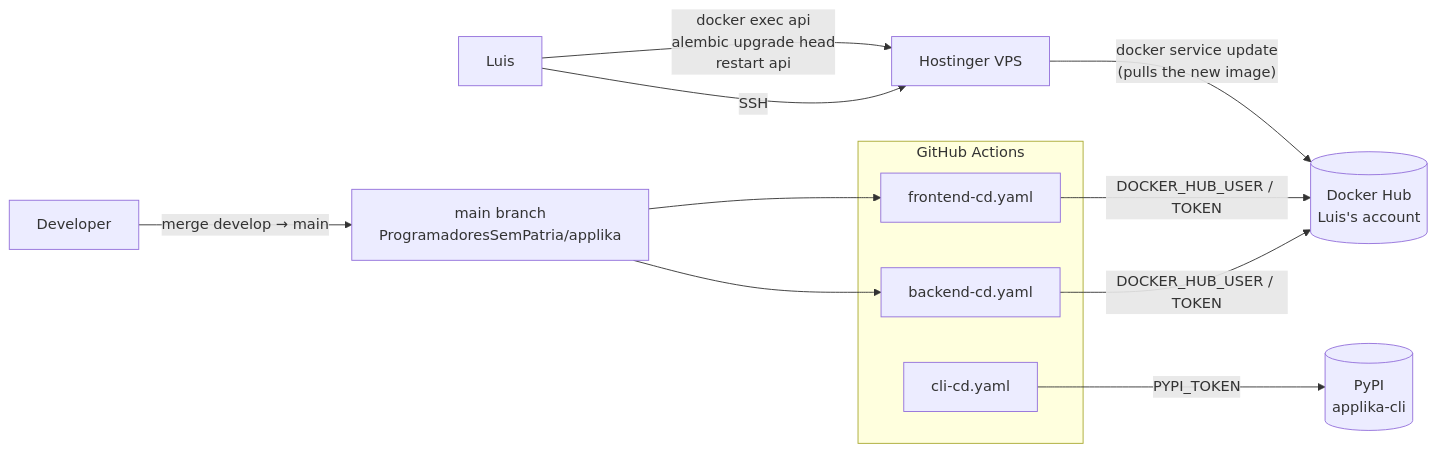
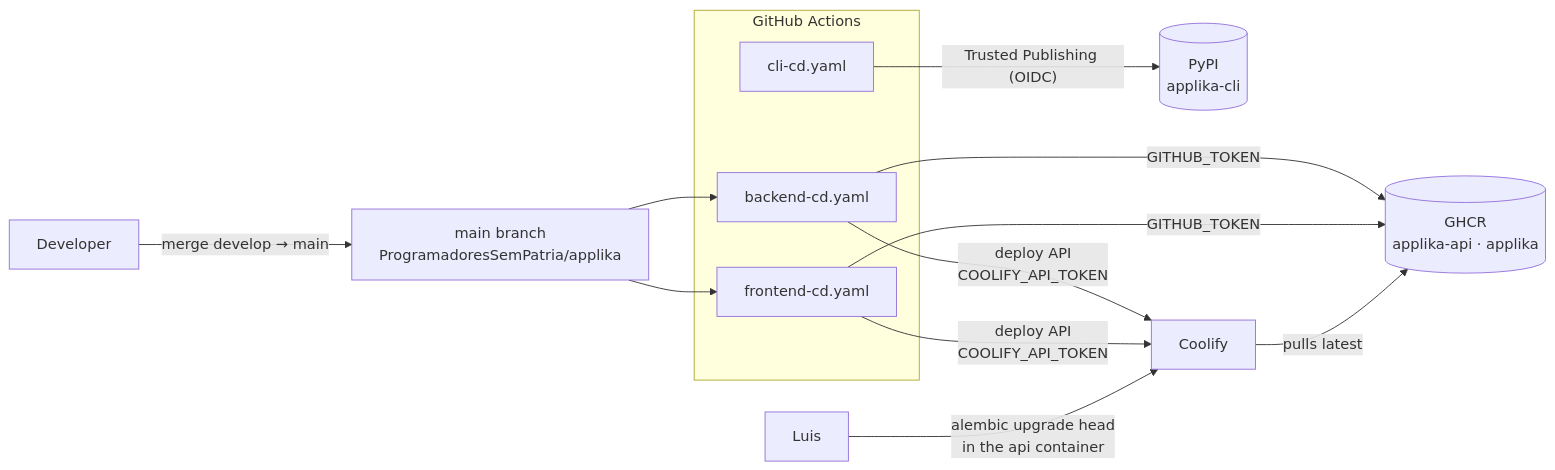
The fourth of 12 diagrams in docs/infrastructure.md (BorderlessCodingHub/applika), drawn with Mermaid before and after one commit. The commit also changed other lines of this file and 2 other files, not shown here.

First line of the commit message:
docs: describe the GHCR, Coolify and Trusted Publishing pipeline

````diff
--- a/docs/infrastructure.md
+++ b/docs/infrastructure.md
@@ -147,20 +147,21 @@
 ```mermaid
 flowchart LR
     dev["Developer"] -- "merge develop → main" --> main["main branch<br/>ProgramadoresSemPatria/applika"]
 
     subgraph gha["GitHub Actions"]
         bcd["backend-cd.yaml"]
         fcd["frontend-cd.yaml"]
         ccd["cli-cd.yaml"]
     end
 
     main --> bcd
     main --> fcd
-    bcd -- "DOCKER_HUB_USER / TOKEN" --> hub[("Docker Hub<br/>Luis's account")]
-    fcd -- "DOCKER_HUB_USER / TOKEN" --> hub
-    ccd -- "PYPI_TOKEN" --> pypi[("PyPI<br/>applika-cli")]
+    bcd -- "GITHUB_TOKEN" --> ghcr[("GHCR<br/>applika-api · applika")]
+    fcd -- "GITHUB_TOKEN" --> ghcr
+    ccd -- "Trusted Publishing (OIDC)" --> pypi[("PyPI<br/>applika-cli")]
 
-    luis["Luis"] -- "SSH" --> vps["Hostinger VPS"]
-    vps -- "docker service update<br/>(pulls the new image)" --> hub
-    luis -- "docker exec api<br/>alembic upgrade head<br/>restart api" --> vps
+    bcd -- "deploy API<br/>COOLIFY_API_TOKEN" --> coolify["Coolify"]
+    fcd -- "deploy API<br/>COOLIFY_API_TOKEN" --> coolify
+    coolify -- "pulls latest" --> ghcr
+    luis["Luis"] -- "alembic upgrade head<br/>in the api container" --> coolify
 ```
````
